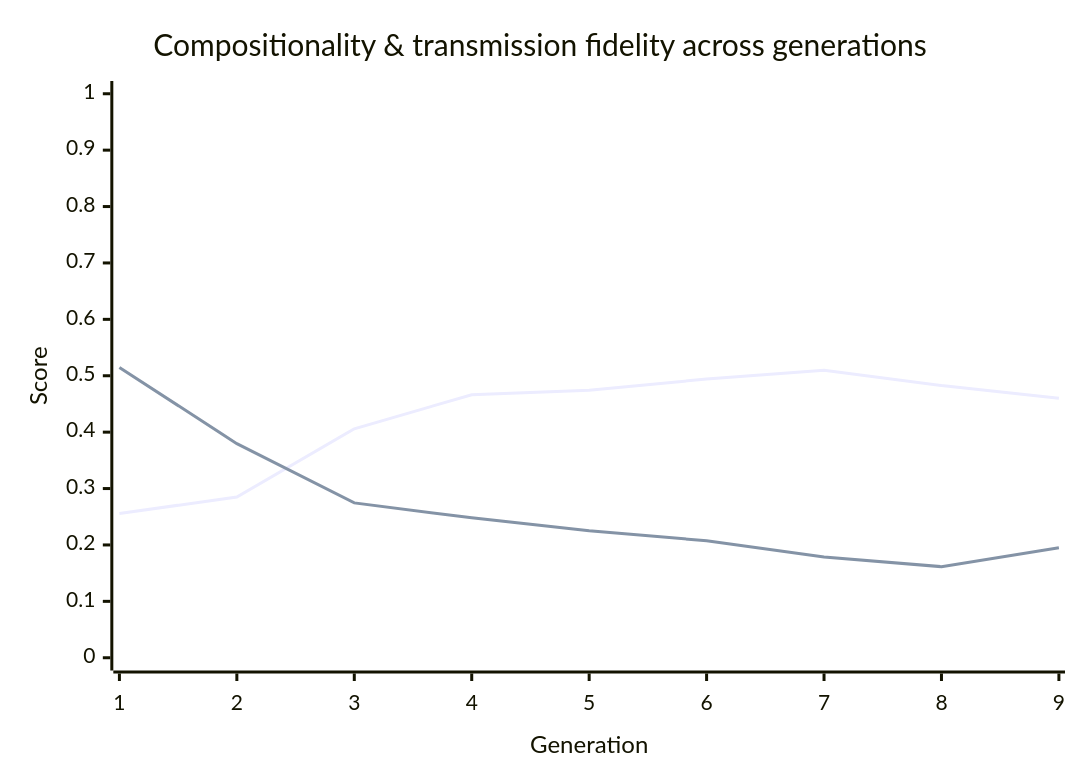
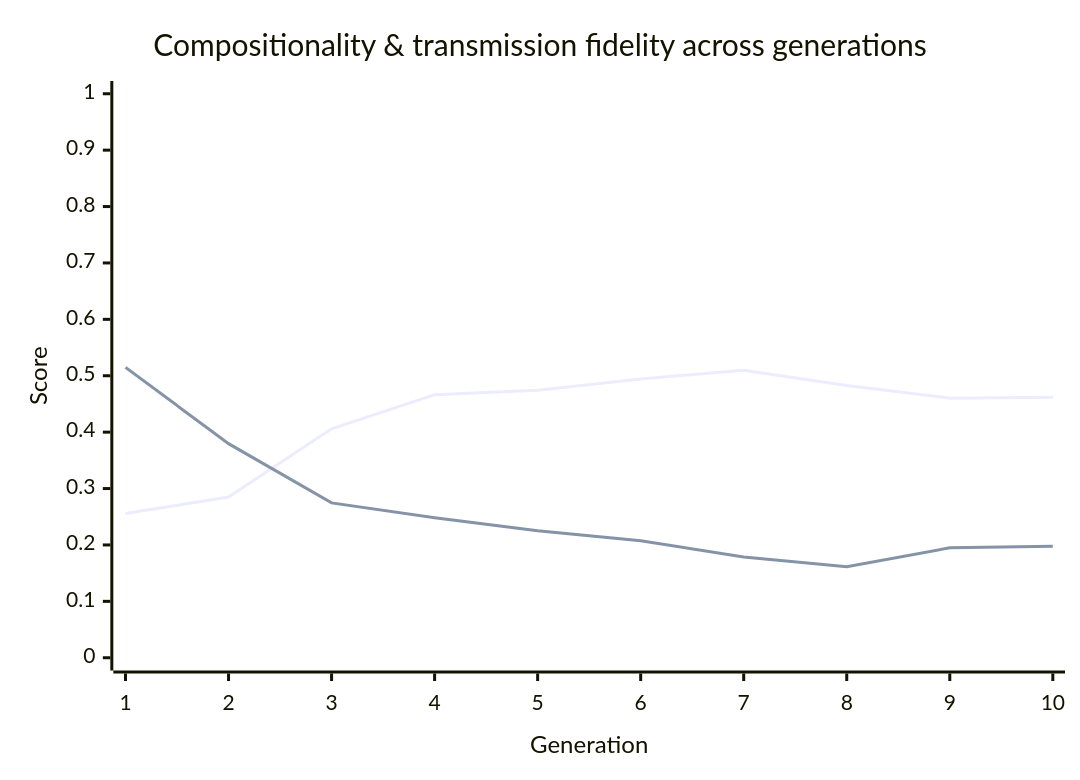
The diagram in metrics/latest-report.md (nichobbs/traditio), drawn with Mermaid before and after one commit. The commit also changed other lines of this file and 1 other file, not shown here.

````diff
--- a/metrics/latest-report.md
+++ b/metrics/latest-report.md
@@ -40,8 +40,8 @@
 ```mermaid
 xychart-beta
     title "Compositionality & transmission fidelity across generations"
-    x-axis "Generation" [1, 2, 3, 4, 5, 6, 7, 8, 9]
+    x-axis "Generation" [1, 2, 3, 4, 5, 6, 7, 8, 9, 10]
     y-axis "Score" 0 --> 1
-    line "Compositionality" [0.2559, 0.2849, 0.4060, 0.4663, 0.4745, 0.4941, 0.5099, 0.4826, 0.4603]
-    line "Transmission Fidelity" [0.5148, 0.3796, 0.2746, 0.2481, 0.2251, 0.2074, 0.1785, 0.1615, 0.1949]
+    line "Compositionality" [0.2559, 0.2849, 0.4060, 0.4663, 0.4745, 0.4941, 0.5099, 0.4826, 0.4603, 0.4619]
+    line "Transmission Fidelity" [0.5148, 0.3796, 0.2746, 0.2481, 0.2251, 0.2074, 0.1785, 0.1615, 0.1949, 0.1977]
 ```
````
